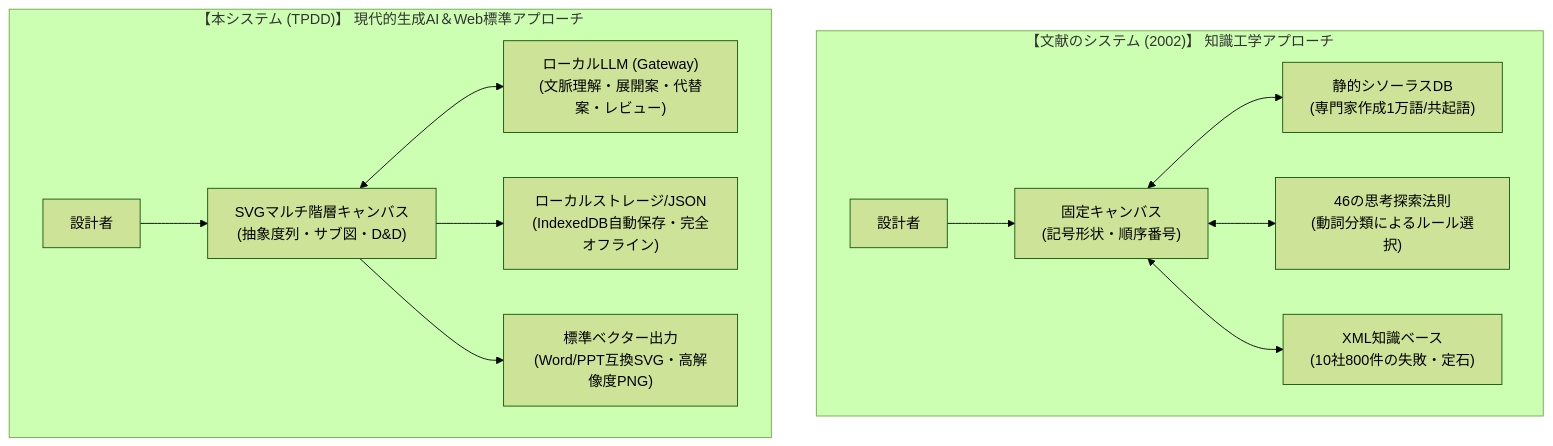
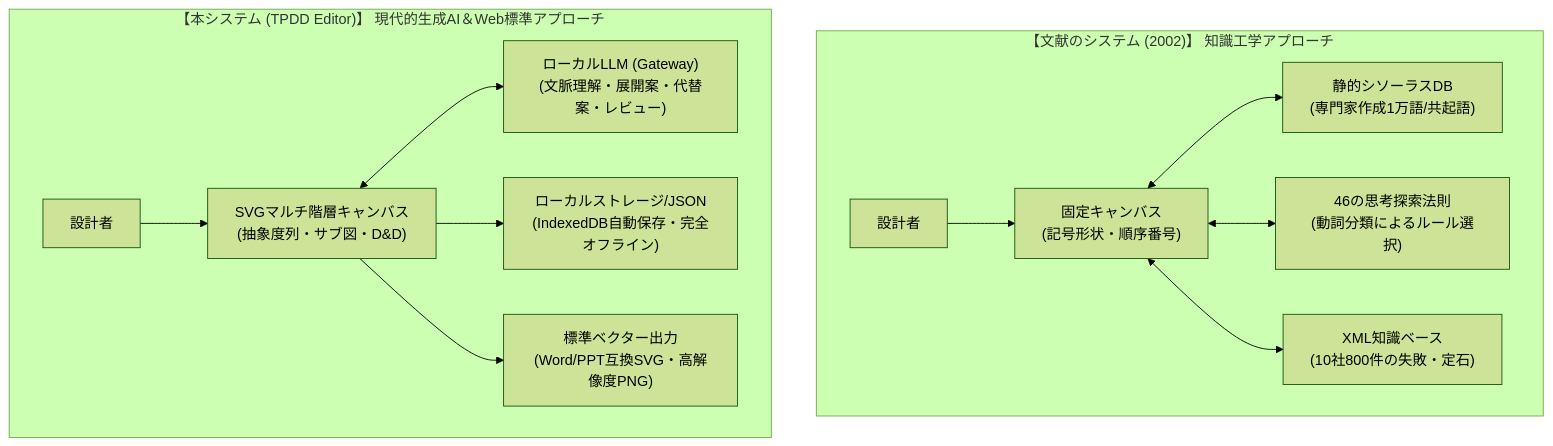
One commit to Kenn-Tanaka/TPDD-Editor changed the diagram in docs/DIFFERENCE_ANALYSIS.md. Above: the diagram before and after it, drawn with Mermaid (forest theme). The commit also changed other lines of this file and 23 other files, not shown here.

Commit message:
Standardize product naming as TPDD Editor

````diff
--- a/docs/DIFFERENCE_ANALYSIS.md
+++ b/docs/DIFFERENCE_ANALYSIS.md
@@ -36,16 +36,16 @@
 ```mermaid
 flowchart TD
     subgraph Literature["【文献のシステム (2002)】 知識工学アプローチ"]
         L_User["設計者"] --> L_Canvas["固定キャンバス\n(記号形状・順序番号)"]
         L_Canvas <--> L_Thesaurus["静的シソーラスDB\n(専門家作成1万語/共起語)"]
         L_Canvas <--> L_Rules["46の思考探索法則\n(動詞分類によるルール選択)"]
         L_Canvas <--> L_Knowledge["XML知識ベース\n(10社800件の失敗・定石)"]
     end
 
-    subgraph TPDD["【本システム (TPDD)】 現代的生成AI＆Web標準アプローチ"]
+    subgraph TPDD["【本システム (TPDD Editor)】 現代的生成AI＆Web標準アプローチ"]
         S_User["設計者"] --> S_Editor["SVGマルチ階層キャンバス\n(抽象度列・サブ図・D&D)"]
         S_Editor <--> S_LLM["ローカルLLM (Gateway)\n(文脈理解・展開案・代替案・レビュー)"]
         S_Editor --> S_Storage["ローカルストレージ/JSON\n(IndexedDB自動保存・完全オフライン)"]
         S_Editor --> S_Export["標準ベクター出力\n(Word/PPT互換SVG・高解像度PNG)"]
     end
 ```
````
